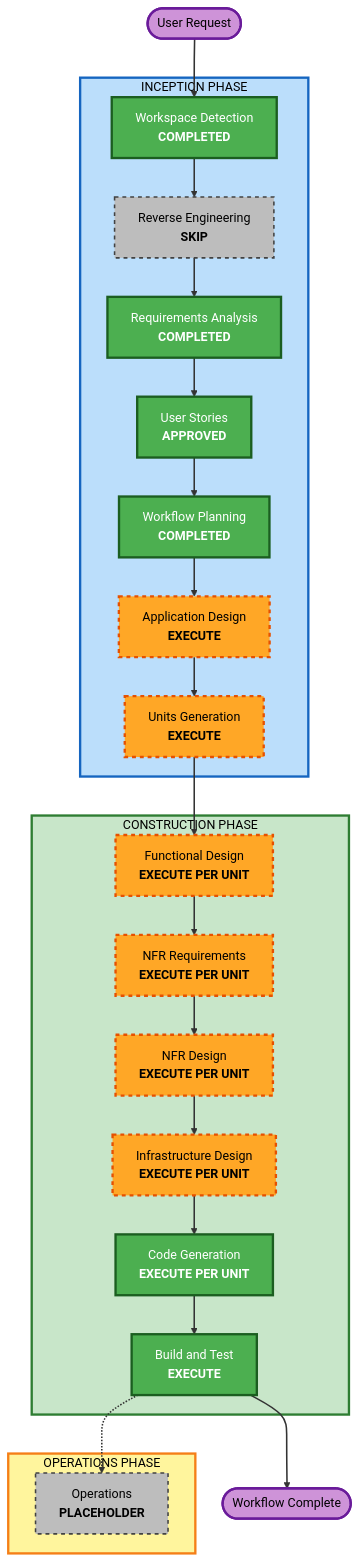
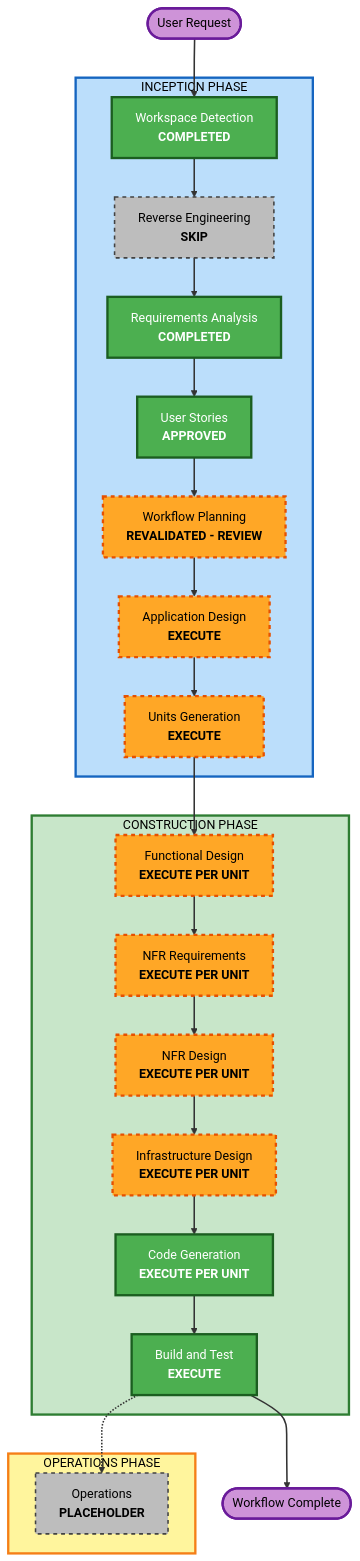
The diagram in aidlc-docs/inception/plans/execution-plan.md (hygef-v4/AI-Powered-Learning-Platform), drawn with Mermaid before and after one commit. The commit also changed other lines of this file and 21 other files, not shown here.

````diff
--- a/aidlc-docs/inception/plans/execution-plan.md
+++ b/aidlc-docs/inception/plans/execution-plan.md
@@ -36,60 +49,60 @@
 ```mermaid
 flowchart TD
     Start(["User Request"])
     subgraph INCEPTION["INCEPTION PHASE"]
         WD["Workspace Detection<br/><b>COMPLETED</b>"]
         RE["Reverse Engineering<br/><b>SKIP</b>"]
         RA["Requirements Analysis<br/><b>COMPLETED</b>"]
         US["User Stories<br/><b>APPROVED</b>"]
-        WP["Workflow Planning<br/><b>COMPLETED</b>"]
+        WP["Workflow Planning<br/><b>REVALIDATED - REVIEW</b>"]
         AD["Application Design<br/><b>EXECUTE</b>"]
         UG["Units Generation<br/><b>EXECUTE</b>"]
     end
     subgraph CONSTRUCTION["CONSTRUCTION PHASE"]
         FD["Functional Design<br/><b>EXECUTE PER UNIT</b>"]
         NFRA["NFR Requirements<br/><b>EXECUTE PER UNIT</b>"]
         NFRD["NFR Design<br/><b>EXECUTE PER UNIT</b>"]
         ID["Infrastructure Design<br/><b>EXECUTE PER UNIT</b>"]
         CG["Code Generation<br/><b>EXECUTE PER UNIT</b>"]
         BT["Build and Test<br/><b>EXECUTE</b>"]
     end
     subgraph OPERATIONS["OPERATIONS PHASE"]
         OPS["Operations<br/><b>PLACEHOLDER</b>"]
     end
     Start --> WD
     WD --> RE
     RE --> RA
     RA --> US
     US --> WP
     WP --> AD
     AD --> UG
     UG --> FD
     FD --> NFRA
     NFRA --> NFRD
     NFRD --> ID
     ID --> CG
     CG --> BT
     BT -.-> OPS
     BT --> End(["Workflow Complete"])
 
     style WD fill:#4CAF50,stroke:#1B5E20,stroke-width:3px,color:#fff
     style RE fill:#BDBDBD,stroke:#424242,stroke-width:2px,stroke-dasharray:5 5,color:#000
     style RA fill:#4CAF50,stroke:#1B5E20,stroke-width:3px,color:#fff
     style US fill:#4CAF50,stroke:#1B5E20,stroke-width:3px,color:#fff
-    style WP fill:#4CAF50,stroke:#1B5E20,stroke-width:3px,color:#fff
+    style WP fill:#FFA726,stroke:#E65100,stroke-width:3px,stroke-dasharray:5 5,color:#000
     style AD fill:#FFA726,stroke:#E65100,stroke-width:3px,stroke-dasharray:5 5,color:#000
     style UG fill:#FFA726,stroke:#E65100,stroke-width:3px,stroke-dasharray:5 5,color:#000
     style FD fill:#FFA726,stroke:#E65100,stroke-width:3px,stroke-dasharray:5 5,color:#000
     style NFRA fill:#FFA726,stroke:#E65100,stroke-width:3px,stroke-dasharray:5 5,color:#000
     style NFRD fill:#FFA726,stroke:#E65100,stroke-width:3px,stroke-dasharray:5 5,color:#000
     style ID fill:#FFA726,stroke:#E65100,stroke-width:3px,stroke-dasharray:5 5,color:#000
     style CG fill:#4CAF50,stroke:#1B5E20,stroke-width:3px,color:#fff
     style BT fill:#4CAF50,stroke:#1B5E20,stroke-width:3px,color:#fff
     style OPS fill:#BDBDBD,stroke:#424242,stroke-width:2px,stroke-dasharray:5 5,color:#000
     style INCEPTION fill:#BBDEFB,stroke:#1565C0,stroke-width:3px,color:#000
     style CONSTRUCTION fill:#C8E6C9,stroke:#2E7D32,stroke-width:3px,color:#000
     style OPERATIONS fill:#FFF59D,stroke:#F57F17,stroke-width:3px,color:#000
     style Start fill:#CE93D8,stroke:#6A1B9A,stroke-width:3px,color:#000
     style End fill:#CE93D8,stroke:#6A1B9A,stroke-width:3px,color:#000
     linkStyle default stroke:#333,stroke-width:2px
 ```
````
